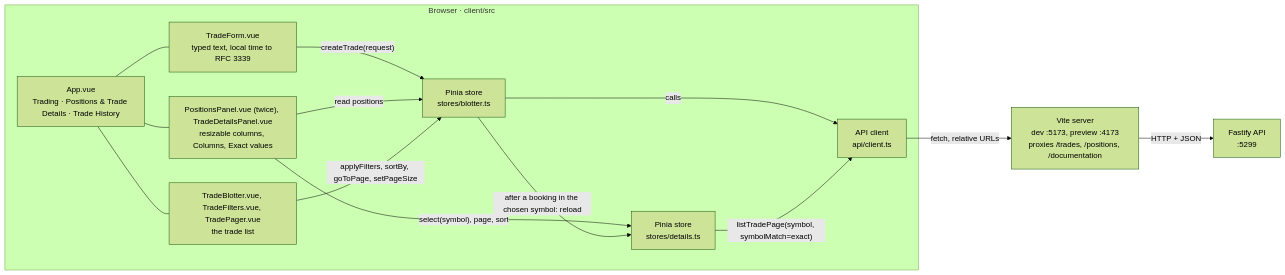
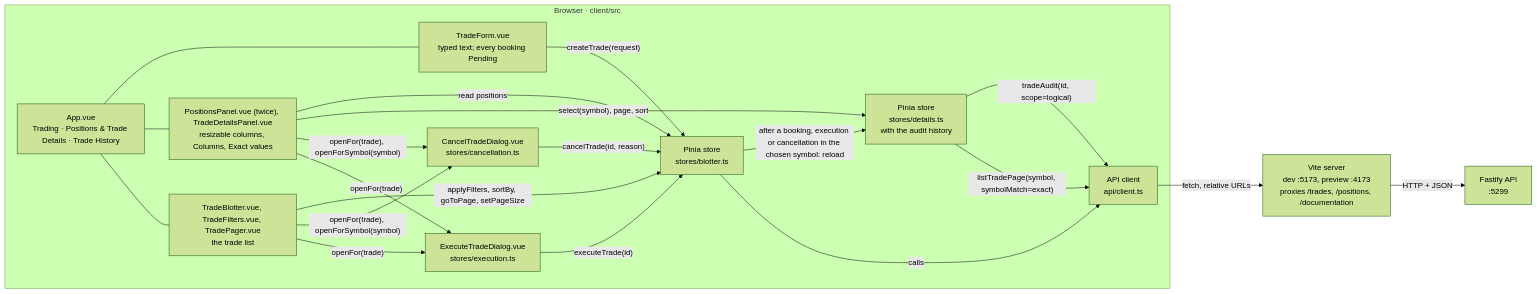
The seventh of 7 diagrams in docs/architecture.md (cs973112/trade-blotter-ts), drawn with Mermaid (forest theme) before and after one commit. The commit also changed other lines of this file and 153 other files, not shown here.

````diff
--- a/docs/architecture.md
+++ b/docs/architecture.md
@@ -960,25 +1185,32 @@
 ```mermaid
 flowchart LR
     subgraph BROWSER["Browser · client/src"]
         TABS["App.vue<br/>Trading · Positions & Trade Details · Trade History"]
-        FORM["TradeForm.vue<br/>typed text, local time to RFC 3339"]
+        FORM["TradeForm.vue<br/>typed text; every booking Pending"]
         GRIDS["PositionsPanel.vue (twice), TradeDetailsPanel.vue<br/>resizable columns, Columns, Exact values"]
         LIST["TradeBlotter.vue, TradeFilters.vue, TradePager.vue<br/>the trade list"]
         STORE["Pinia store<br/>stores/blotter.ts"]
-        DETAILS["Pinia store<br/>stores/details.ts"]
+        DETAILS["Pinia store<br/>stores/details.ts<br/>with the audit history"]
+        CANCEL["CancelTradeDialog.vue<br/>stores/cancellation.ts"]
+        EXECUTE["ExecuteTradeDialog.vue<br/>stores/execution.ts"]
         CLIENT["API client<br/>api/client.ts"]
     end
     VITE["Vite server<br/>dev :5173, preview :4173<br/>proxies /trades, /positions, /documentation"]
     API["Fastify API<br/>:5299"]
 
     TABS --- FORM & GRIDS & LIST
     FORM -->|"createTrade(request)"| STORE
     GRIDS -->|"read positions"| STORE
     GRIDS -->|"select(symbol), page, sort"| DETAILS
     LIST -->|"applyFilters, sortBy, goToPage, setPageSize"| STORE
-    STORE -->|"after a booking in the chosen symbol: reload"| DETAILS
+    STORE -->|"after a booking, execution or cancellation in the chosen symbol: reload"| DETAILS
+    LIST & GRIDS -->|"openFor(trade), openForSymbol(symbol)"| CANCEL
+    CANCEL -->|"cancelTrade(id, reason)"| STORE
+    LIST & GRIDS -->|"openFor(trade)"| EXECUTE
+    EXECUTE -->|"executeTrade(id)"| STORE
+    DETAILS -->|"tradeAudit(id, scope=logical)"| CLIENT
     STORE -->|"calls"| CLIENT
     DETAILS -->|"listTradePage(symbol, symbolMatch=exact)"| CLIENT
     CLIENT -->|"fetch, relative URLs"| VITE
     VITE -->|"HTTP + JSON"| API
 ```
````
